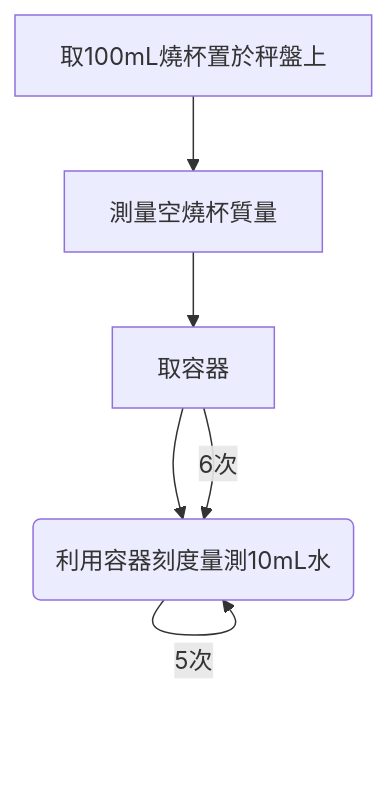
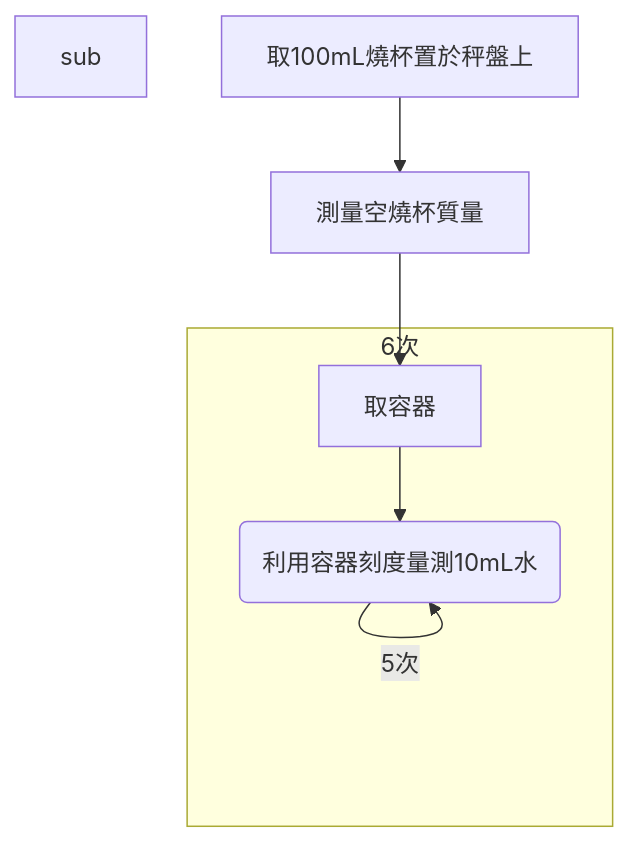
Before and after one commit to Ethane1755/Obsidian: the diagram in Zettelkasten/Untitled.md, drawn with Mermaid. The commit also changed 1 other file, not shown here.

Commit message:
Obsidian Backup 2021-09-15 21:34

````diff
--- a/Zettelkasten/Untitled.md
+++ b/Zettelkasten/Untitled.md
@@ -2,6 +2,9 @@
 ```mermaid
 graph TD
-取100mL燒杯置於秤盤上-->測量空燒杯質量-->取容器-->id1(利用容器刻度量測10mL水)
+sub
+取100mL燒杯置於秤盤上-->測量空燒杯質量-->取容器
+subgraph 6次
+取容器-->id1(利用容器刻度量測10mL水)
 id1-->|5次|id1
-取容器-->|6次|id1
+end
 ```
````
